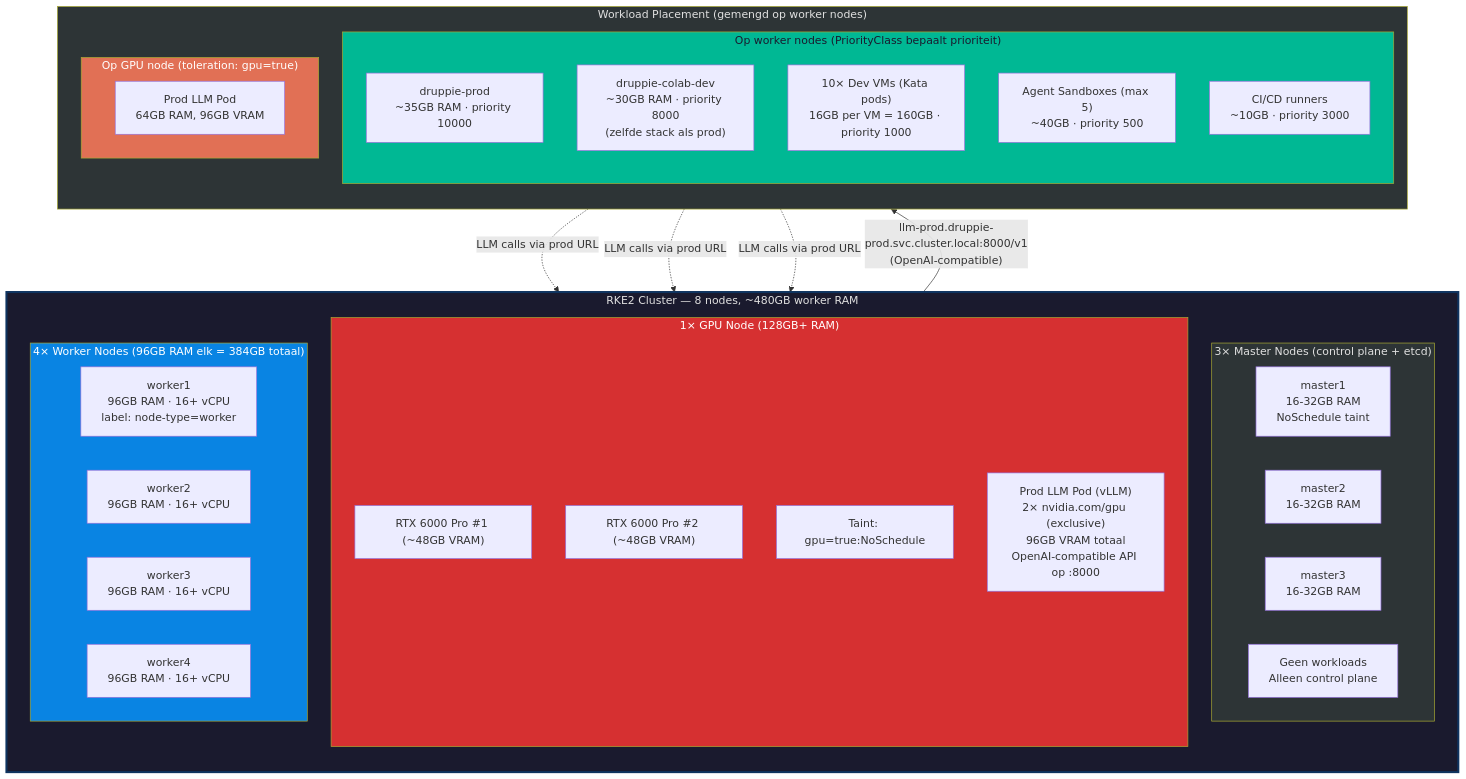
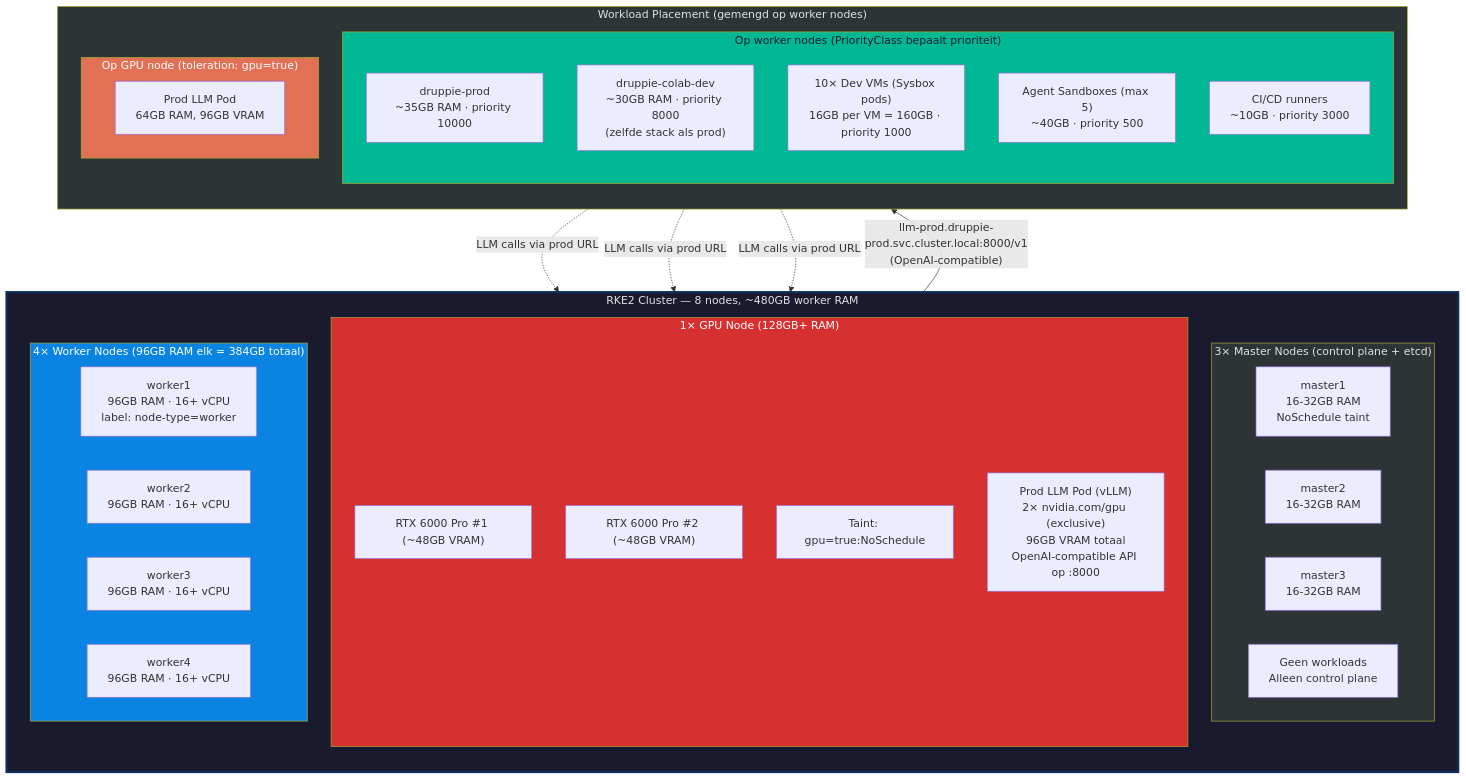
Before and after one commit to nuno-git/druppie-fork: the second of 12 diagrams in docs/dev-environment-architecture.md, drawn with Mermaid. The commit also changed other lines of this file and 1 other file, not shown here.

First line of the commit message:
docs(dev-env): correct runtime to sysbox, document Kasm research

````diff
--- a/docs/dev-environment-architecture.md
+++ b/docs/dev-environment-architecture.md
@@ -173,58 +173,58 @@
 ```mermaid
 flowchart TB
     subgraph Cluster["RKE2 Cluster — 8 nodes, ~480GB worker RAM"]
         direction TB
 
         subgraph Masters["3× Master Nodes (control plane + etcd)"]
             M1["master1<br/>16-32GB RAM<br/>NoSchedule taint"]
             M2["master2<br/>16-32GB RAM"]
             M3["master3<br/>16-32GB RAM"]
             M_NOTE["Geen workloads<br/>Alleen control plane"]
         end
 
         subgraph GPUNode["1× GPU Node (128GB+ RAM)"]
             GPU1["RTX 6000 Pro #1 (~48GB VRAM)"]
             GPU2["RTX 6000 Pro #2 (~48GB VRAM)"]
             GPU_TAINT["Taint: gpu=true:NoSchedule"]
             LLM_POD["Prod LLM Pod (vLLM)<br/>2× nvidia.com/gpu (exclusive)<br/>96GB VRAM totaal<br/>OpenAI-compatible API op :8000"]
         end
 
         subgraph Workers["4× Worker Nodes (96GB RAM elk = 384GB totaal)"]
             direction LR
             W1["worker1<br/>96GB RAM · 16+ vCPU<br/>label: node-type=worker"]
             W2["worker2<br/>96GB RAM · 16+ vCPU"]
             W3["worker3<br/>96GB RAM · 16+ vCPU"]
             W4["worker4<br/>96GB RAM · 16+ vCPU"]
         end
     end
 
     subgraph Workloads["Workload Placement (gemengd op worker nodes)"]
         direction TB
 
         subgraph OnWorkers["Op worker nodes (PriorityClass bepaalt prioriteit)"]
             WS_PROD["druppie-prod<br/>~35GB RAM · priority 10000"]
             WS_DEVNS["druppie-colab-dev<br/>~30GB RAM · priority 8000<br/>(zelfde stack als prod)"]
-            WS_DEVVM["10× Dev VMs (Kata pods)<br/>16GB per VM = 160GB · priority 1000"]
+            WS_DEVVM["10× Dev VMs (Sysbox pods)<br/>16GB per VM = 160GB · priority 1000"]
             WS_AGENT["Agent Sandboxes (max 5)<br/>~40GB · priority 500"]
             WS_CI["CI/CD runners<br/>~10GB · priority 3000"]
         end
 
         subgraph OnGPU["Op GPU node (toleration: gpu=true)"]
             WS_LLM["Prod LLM Pod<br/>64GB RAM, 96GB VRAM"]
         end
     end
 
     LLM_POD -->|"llm-prod.druppie-prod.svc.cluster.local:8000/v1<br/>(OpenAI-compatible)"| OnWorkers
 
     WS_DEVNS -.->|"LLM calls via prod URL"| LLM_POD
     WS_DEVVM -.->|"LLM calls via prod URL"| LLM_POD
     WS_AGENT -.->|"LLM calls via prod URL"| LLM_POD
 
     style Cluster fill:#1a1a2e,color:#e0e0e0,stroke:#0f3460,stroke-width:3px
     style Masters fill:#2d3436,color:#e0e0e0
     style GPUNode fill:#d63031,color:#ffffff
     style Workers fill:#0984e3,color:#ffffff
     style Workloads fill:#2d3436,color:#e0e0e0
     style OnWorkers fill:#00b894,color:#1a1a2e
     style OnGPU fill:#e17055,color:#ffffff
 ```
````
